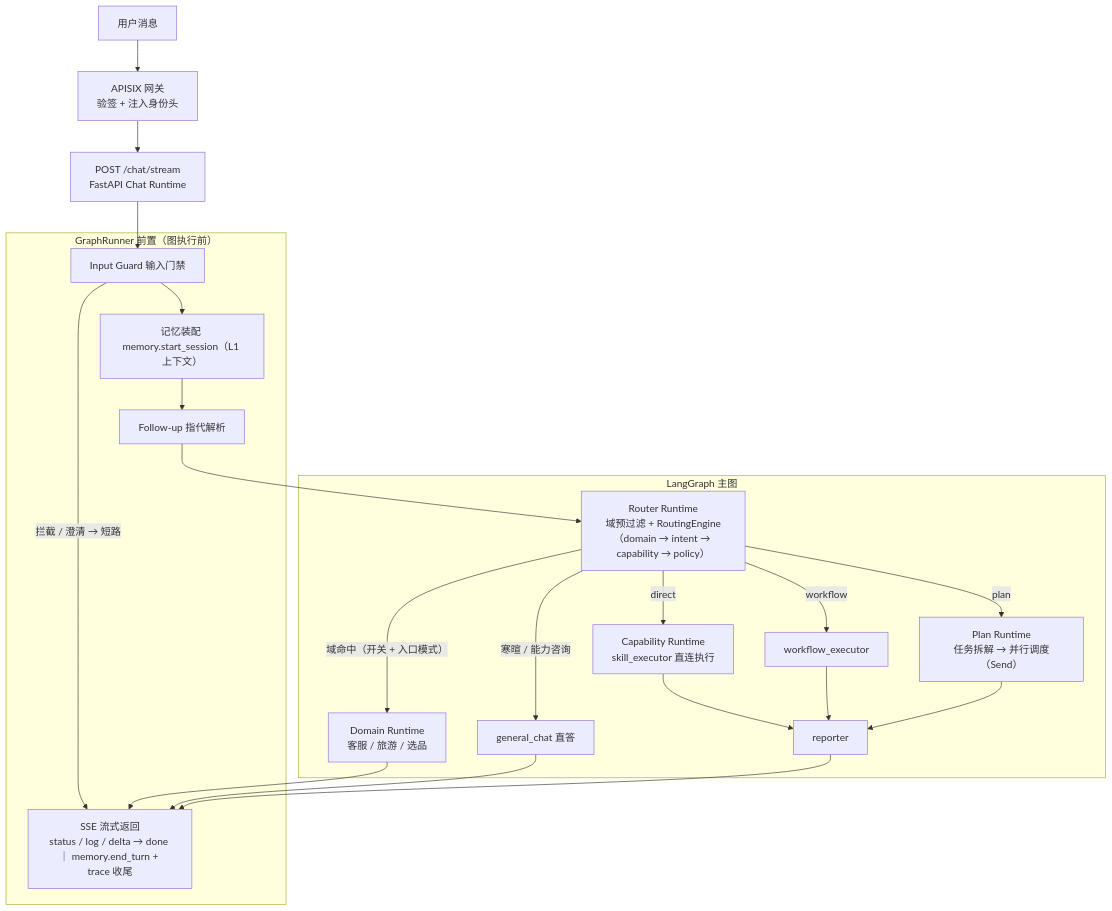
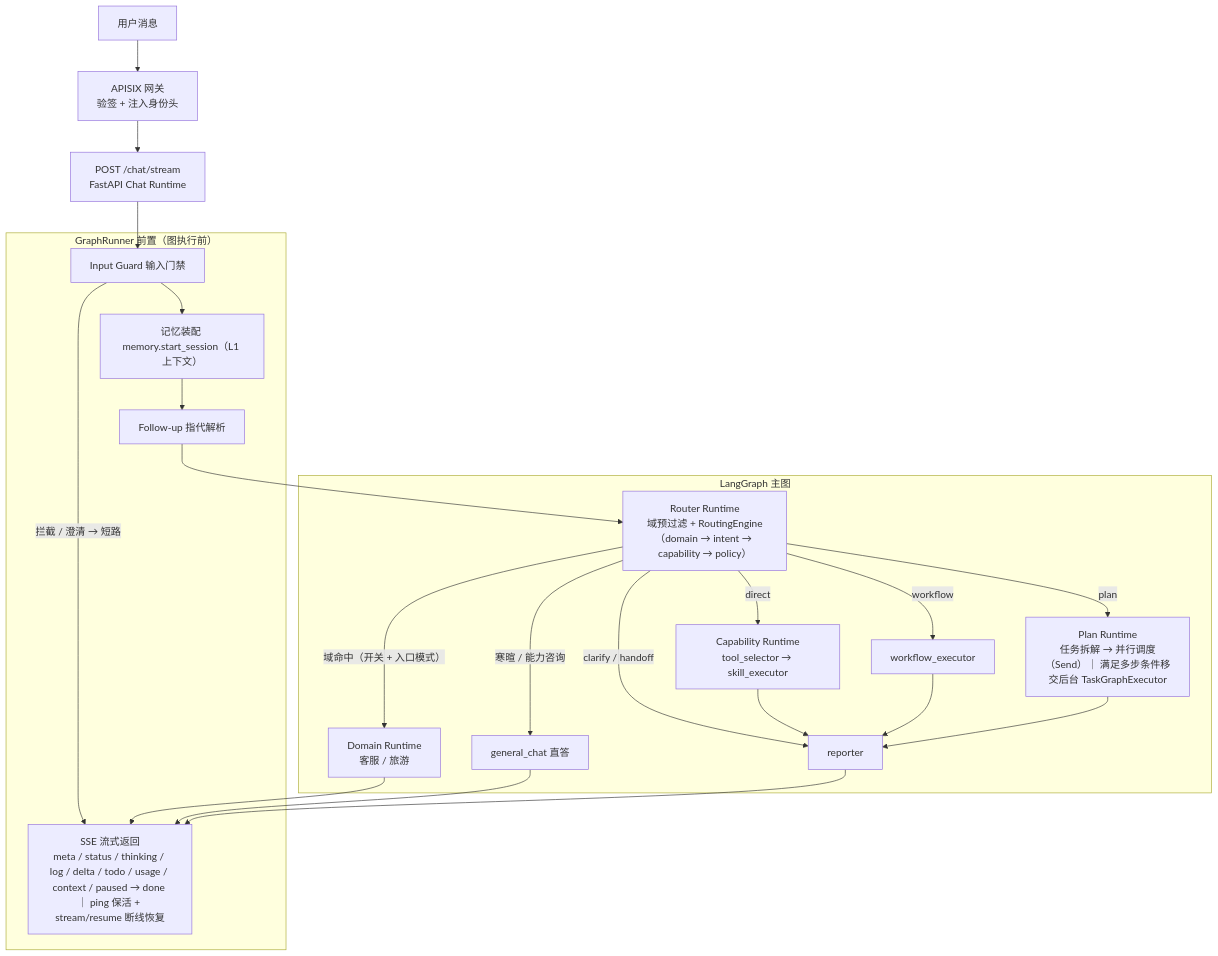
One commit to Jayus-07/agent changed the second of 2 diagrams in README.md. Above: the diagram before and after it, drawn with Mermaid. The commit also changed other lines of this file and 16 other files, not shown here.

````diff
--- a/README.md
+++ b/README.md
@@ -71,31 +71,32 @@
 ```mermaid
 flowchart TB
-    OUT["SSE 流式返回<br/>status / log / delta → done ｜ memory.end_turn + trace 收尾"]
+    OUT["SSE 流式返回<br/>meta / status / thinking / log / delta / todo / usage / context / paused → done ｜ ping 保活 + stream/resume 断线恢复"]
     U["用户消息"] --> GW["APISIX 网关<br/>验签 + 注入身份头"]
     GW --> API["POST /chat/stream<br/>FastAPI Chat Runtime"]
     API --> IG
 
     subgraph PRE["GraphRunner 前置（图执行前）"]
         IG["Input Guard 输入门禁"] -->|"拦截 / 澄清 → 短路"| OUT
         IG --> MEM["记忆装配 memory.start_session（L1 上下文）"]
         MEM --> FU["Follow-up 指代解析"]
     end
 
     FU --> RT
 
     subgraph G["LangGraph 主图"]
         RT["Router Runtime<br/>域预过滤 + RoutingEngine（domain → intent → capability → policy）"]
-        RT -->|"direct"| DE["Capability Runtime<br/>skill_executor 直连执行"]
+        RT -->|"direct"| DE["Capability Runtime<br/>tool_selector → skill_executor"]
         RT -->|"workflow"| WE["workflow_executor"]
-        RT -->|"plan"| PL["Plan Runtime<br/>任务拆解 → 并行调度（Send）"]
+        RT -->|"plan"| PL["Plan Runtime<br/>任务拆解 → 并行调度（Send）｜ 满足多步条件移交后台 TaskGraphExecutor"]
         RT -->|"寒暄 / 能力咨询"| GC["general_chat 直答"]
-        RT -->|"域命中（开关 + 入口模式）"| DG["Domain Runtime<br/>客服 / 旅游 / 选品"]
-        DE --> REP["reporter"]
+        RT -->|"域命中（开关 + 入口模式）"| DG["Domain Runtime<br/>客服 / 旅游"]
+        RT -->|"clarify / handoff"| REP["reporter"]
+        DE --> REP
         WE --> REP
         PL --> REP
     end
 
     DG --> OUT
     GC --> OUT
     REP --> OUT
 ```
````
